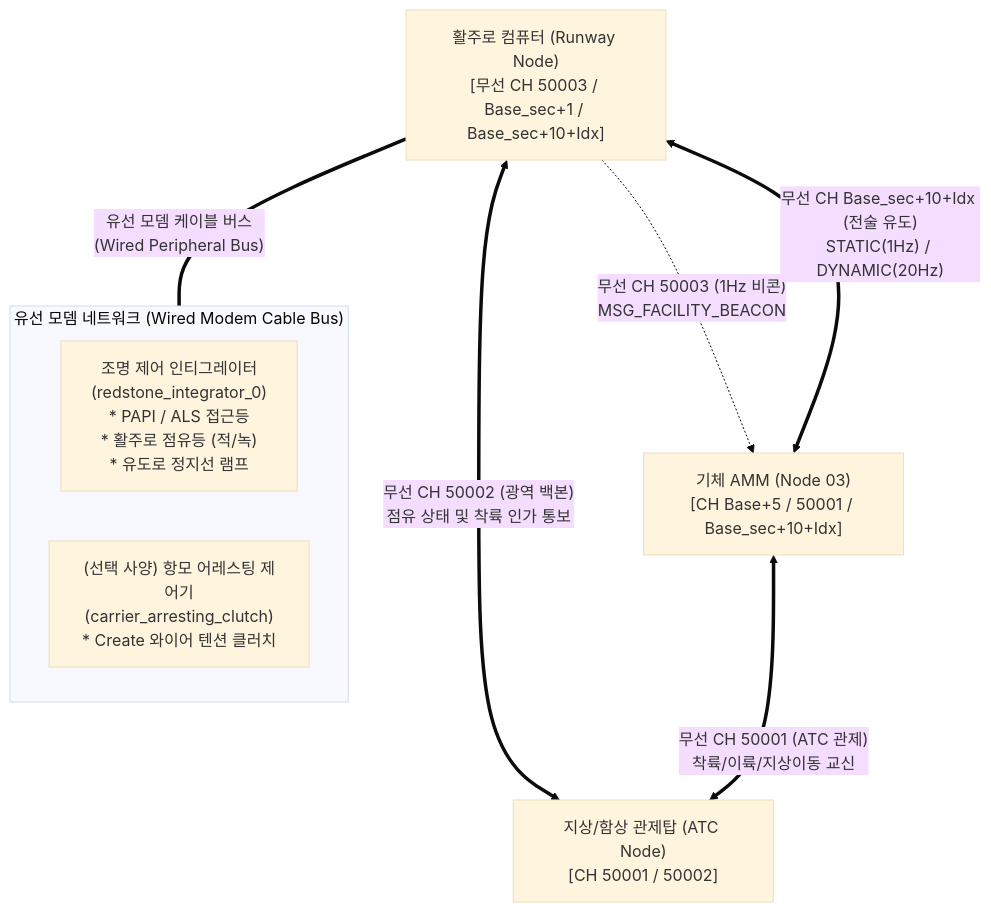
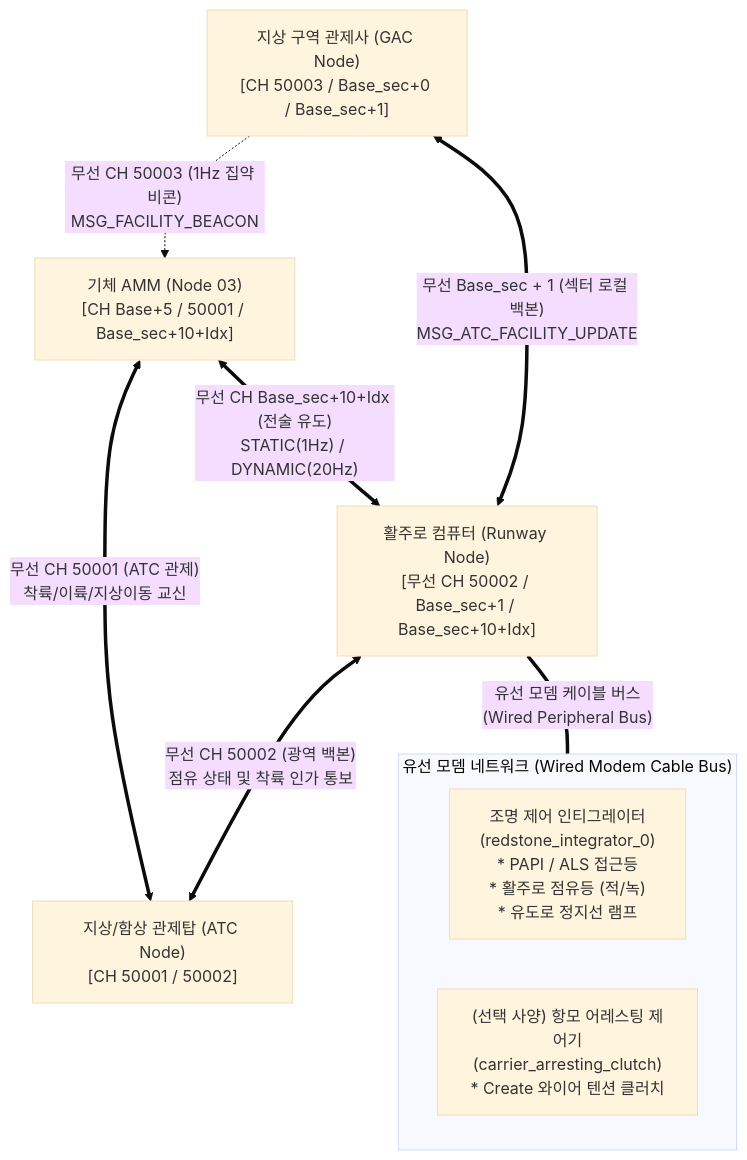
One commit to Polimachi/Aeroneutics_Autopilot changed the first of 3 diagrams in docs/specs/0_infra/runway/RUNWAY_SPECIFICATION_AND_ICD.md. Above: the diagram before and after it, drawn with Mermaid (base theme). The commit also changed other lines of this file and 143 other files, not shown here.

````diff
--- a/docs/specs/0_infra/runway/RUNWAY_SPECIFICATION_AND_ICD.md
+++ b/docs/specs/0_infra/runway/RUNWAY_SPECIFICATION_AND_ICD.md
@@ -75,17 +76,19 @@
 ```mermaid
 flowchart TD
     ATC["지상/함상 관제탑 (ATC Node)<br/>[CH 50001 / 50002]"]
-    RWY["활주로 컴퓨터 (Runway Node)<br/>[무선 CH 50003 / Base_sec+1 / Base_sec+10+Idx]"]
+    GAC["지상 구역 관제사 (GAC Node)<br/>[CH 50003 / Base_sec+0 / Base_sec+1]"]
+    RWY["활주로 컴퓨터 (Runway Node)<br/>[무선 CH 50002 / Base_sec+1 / Base_sec+10+Idx]"]
     AMM["기체 AMM (Node 03)<br/>[CH Base+5 / 50001 / Base_sec+10+Idx]"]
     
     subgraph WIRED_NET["유선 모뎀 네트워크 (Wired Modem Cable Bus)"]
         RI_LIGHTS["조명 제어 인티그레이터<br/>(redstone_integrator_0)<br/>* PAPI / ALS 접근등<br/>* 활주로 점유등 (적/녹)<br/>* 유도로 정지선 램프"]
         CARRIER_CLUTCH["(선택 사양) 항모 어레스팅 제어기<br/>(carrier_arresting_clutch)<br/>* Create 와이어 텐션 클러치"]
     end
 
-    RWY -.->|"무선 CH 50003 (1Hz 비콘)<br/>MSG_FACILITY_BEACON"| AMM
+    GAC -.->|"무선 CH 50003 (1Hz 집약 비콘)<br/>MSG_FACILITY_BEACON"| AMM
+    RWY <==>|"무선 Base_sec + 1 (섹터 로컬 백본)<br/>MSG_ATC_FACILITY_UPDATE"| GAC
     RWY <==>|"무선 CH 50002 (광역 백본)<br/>점유 상태 및 착륙 인가 통보"| ATC
     AMM <==>|"무선 CH 50001 (ATC 관제)<br/>착륙/이륙/지상이동 교신"| ATC
     AMM <==>|"무선 CH Base_sec+10+Idx (전술 유도)<br/>STATIC(1Hz) / DYNAMIC(20Hz)"| RWY
     RWY ===|"유선 모뎀 케이블 버스<br/>(Wired Peripheral Bus)"| WIRED_NET
 ```
````
